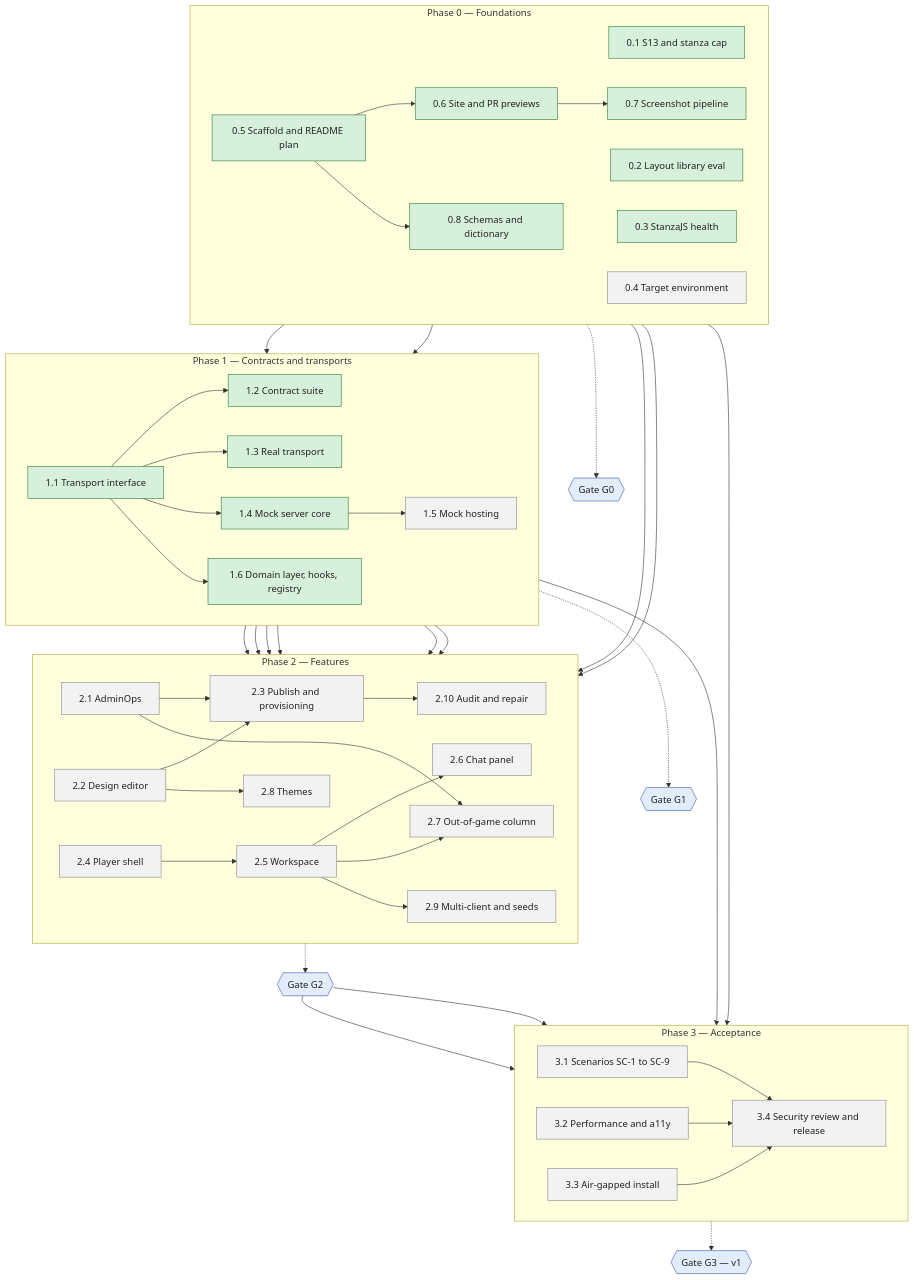
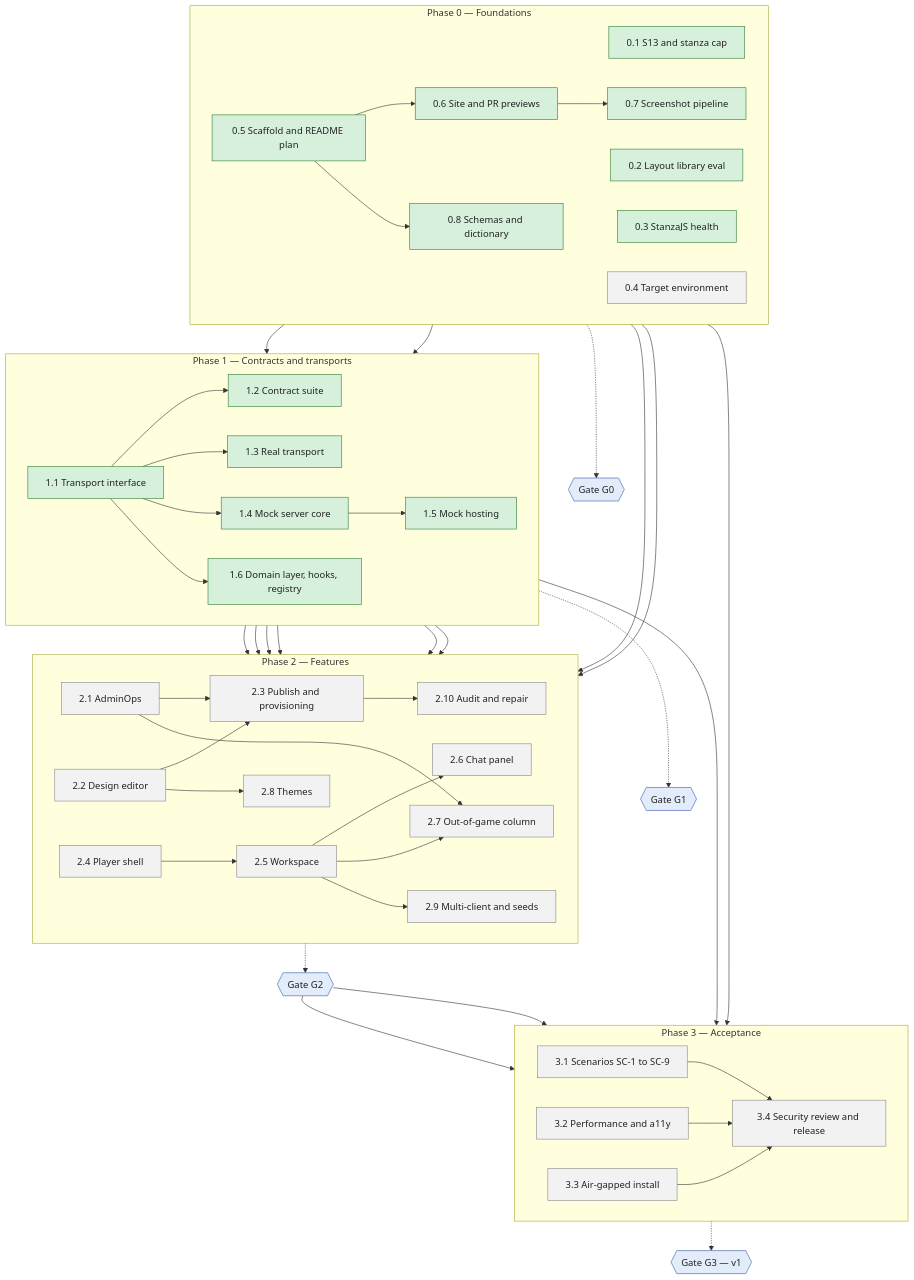
Before and after one commit to serge-web/war-rooms-x2: the diagram in README.md, drawn with Mermaid. The commit also changed 3 other files, not shown here.

````diff
--- a/README.md
+++ b/README.md
@@ -9,76 +9,76 @@
 ```mermaid
 flowchart TB
     subgraph P0["Phase 0 — Foundations"]
         direction LR
         wp01["0.1 S13 and stanza cap"]
         wp02["0.2 Layout library eval"]
         wp03["0.3 StanzaJS health"]
         wp04["0.4 Target environment"]
         wp05["0.5 Scaffold and README plan"]
         wp06["0.6 Site and PR previews"]
         wp07["0.7 Screenshot pipeline"]
         wp08["0.8 Schemas and dictionary"]
     end
     subgraph P1["Phase 1 — Contracts and transports"]
         direction LR
         wp11["1.1 Transport interface"]
         wp12["1.2 Contract suite"]
         wp13["1.3 Real transport"]
         wp14["1.4 Mock server core"]
         wp15["1.5 Mock hosting"]
         wp16["1.6 Domain layer, hooks, registry"]
     end
     subgraph P2["Phase 2 — Features"]
         direction LR
         wp21["2.1 AdminOps"]
         wp22["2.2 Design editor"]
         wp23["2.3 Publish and provisioning"]
         wp210["2.10 Audit and repair"]
         wp24["2.4 Player shell"]
         wp25["2.5 Workspace"]
         wp26["2.6 Chat panel"]
         wp27["2.7 Out-of-game column"]
         wp28["2.8 Themes"]
         wp29["2.9 Multi-client and seeds"]
     end
     subgraph P3["Phase 3 — Acceptance"]
         direction LR
         wp31["3.1 Scenarios SC-1 to SC-9"]
         wp32["3.2 Performance and a11y"]
         wp33["3.3 Air-gapped install"]
         wp34["3.4 Security review and release"]
     end
     G0{{"Gate G0"}}
     G1{{"Gate G1"}}
     G2{{"Gate G2"}}
     G3{{"Gate G3 — v1"}}
 
     wp05 --> wp06 --> wp07
     wp05 --> wp08
     wp03 & wp08 --> wp11
     wp11 --> wp12 & wp13 & wp14 & wp16
     wp14 --> wp15
     wp13 & wp16 & wp01 --> wp21
     wp16 --> wp22
     wp21 & wp22 --> wp23 --> wp210
     wp16 --> wp24
     wp02 & wp24 --> wp25 --> wp26
     wp25 & wp21 --> wp27
     wp16 & wp22 --> wp28
     wp15 & wp25 --> wp29
     wp04 & wp13 --> wp33
     wp31 & wp32 & wp33 --> wp34
     P0 -.-> G0
     P1 -.-> G1
     P2 -.-> G2
     G2 --> wp31 & wp32
     P3 -.-> G3
 
     classDef todo fill:#f2f2f2,stroke:#888,color:#222
     classDef active fill:#fff1c2,stroke:#c9a000,color:#222,stroke-width:2px
     classDef done fill:#d6f0dc,stroke:#2e7d32,color:#222
     classDef gate fill:#e3ecfa,stroke:#3b5bab,color:#222
-    class wp04,wp15,wp21,wp22,wp23,wp210,wp24,wp25,wp26,wp27,wp28,wp29,wp31,wp32,wp33,wp34 todo
-    class wp01,wp02,wp03,wp05,wp06,wp07,wp08,wp11,wp12,wp13,wp14,wp16 done
+    class wp04,wp21,wp22,wp23,wp210,wp24,wp25,wp26,wp27,wp28,wp29,wp31,wp32,wp33,wp34 todo
+    class wp01,wp02,wp03,wp05,wp06,wp07,wp08,wp11,wp12,wp13,wp14,wp15,wp16 done
     class G0,G1,G2,G3 gate
 ```
````
